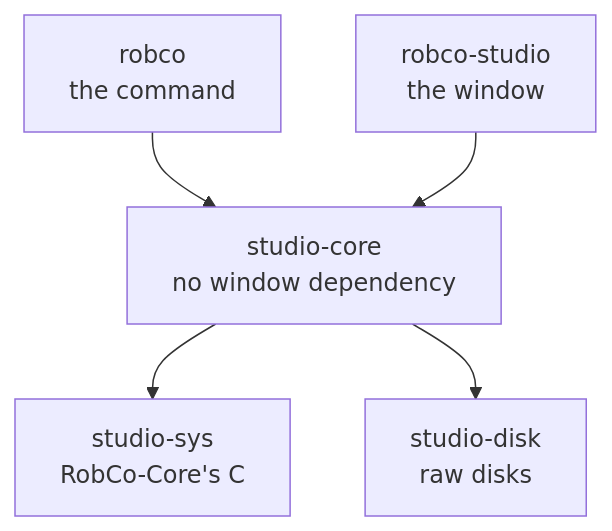
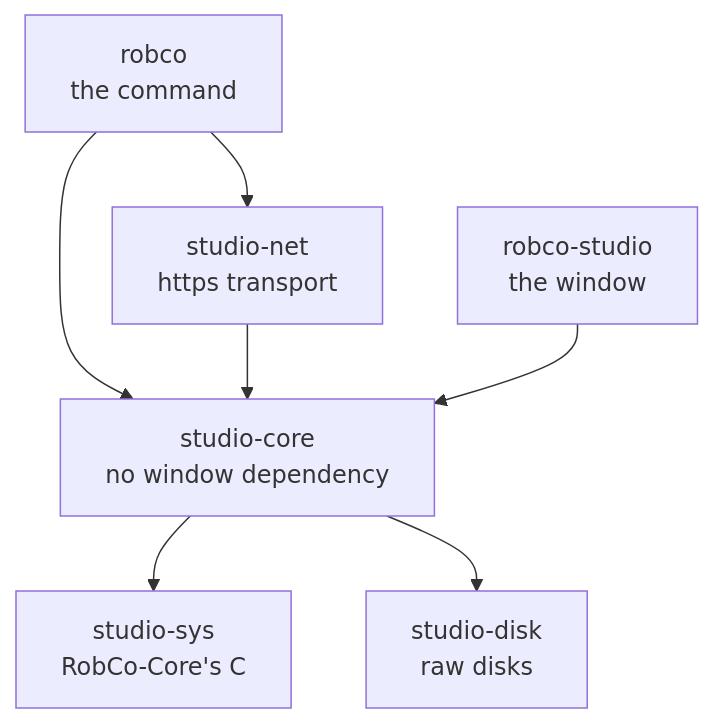
Before and after one commit to RobCo-Industries/RobCo-Studio: the first of 4 diagrams in docs/ARCHITECTURE.md, drawn with Mermaid. The commit also changed other lines of this file and 16 other files, not shown here.

````diff
--- a/docs/ARCHITECTURE.md
+++ b/docs/ARCHITECTURE.md
@@ -11,9 +11,11 @@
 ```mermaid
 flowchart TB
-    ROBCO["robco<br/>the command"] --> CORE
+    ROBCO["robco<br/>the command"] --> NET
+    ROBCO --> CORE
+    NET["studio-net<br/>https transport"] --> CORE
     WIN["robco-studio<br/>the window"] --> CORE
     CORE["studio-core<br/>no window dependency"] --> SYS
     CORE --> DISK
     SYS["studio-sys<br/>RobCo-Core's C"]
     DISK["studio-disk<br/>raw disks"]
 ```
````
